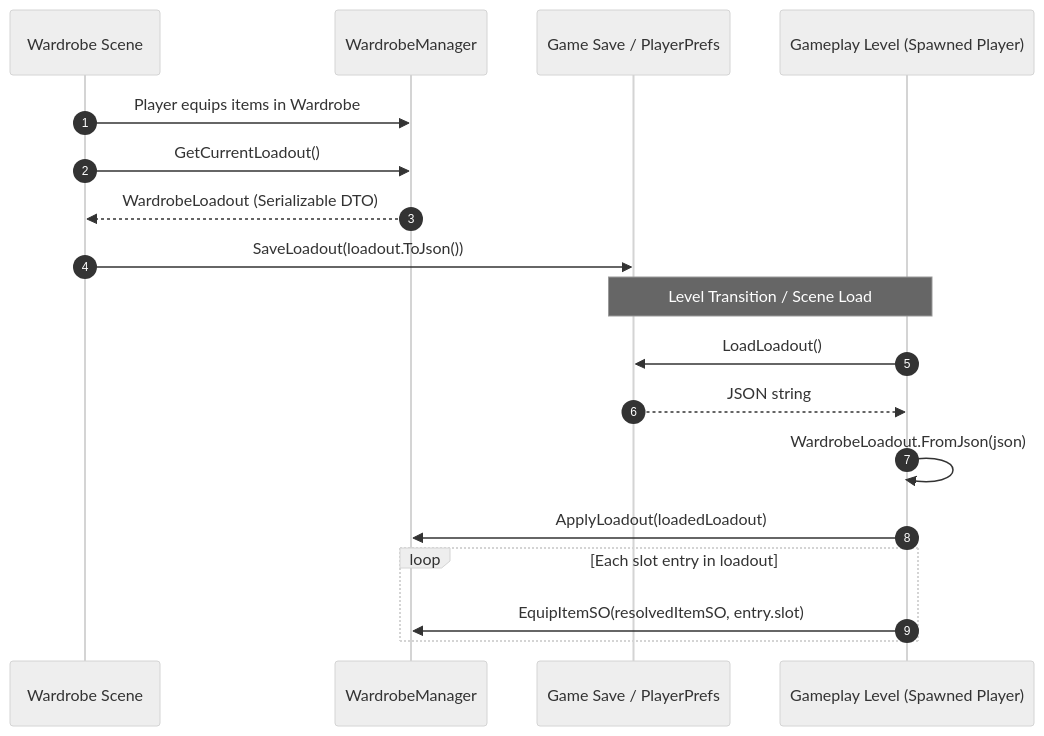
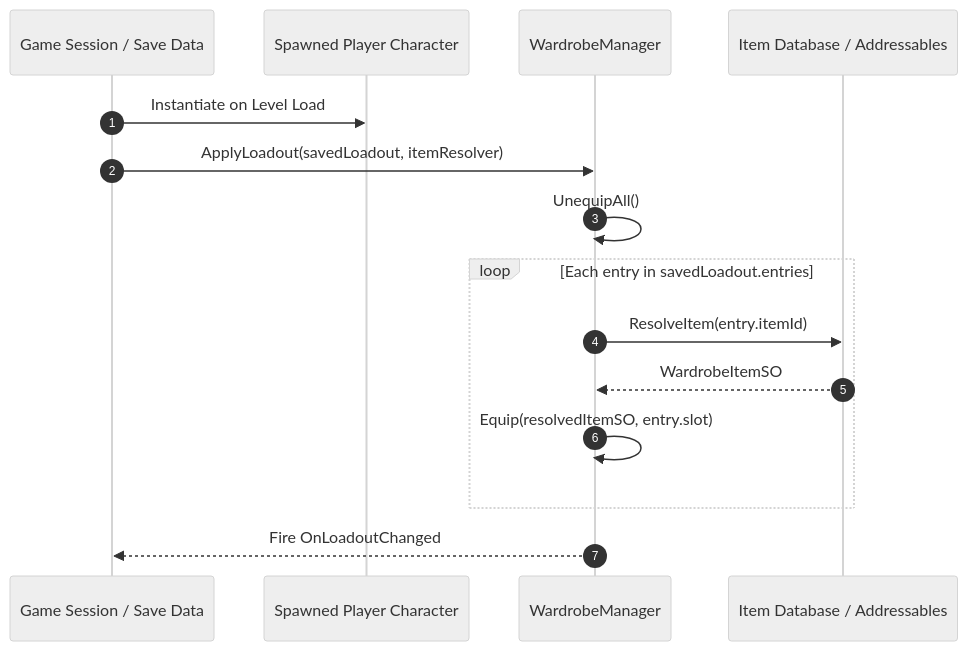
The third of 3 diagrams in docs/ARCHITECTURE.md (neymanoff/Universal-Humanoid-Wardrobe), drawn with Mermaid (neutral theme) before and after one commit. The commit also changed other lines of this file and 78 other files, not shown here.

First line of the commit message:
refactor: implement multi-slot occupancy, EquipResult, and stable ItemId

````diff
--- a/docs/ARCHITECTURE.md
+++ b/docs/ARCHITECTURE.md
@@ -195,23 +199,18 @@
 ```mermaid
 sequenceDiagram
     autonumber
-    participant SceneA as Wardrobe Scene
+    participant Session as Game Session / Save Data
+    participant PlayerPrefab as Spawned Player Character
     participant WM as WardrobeManager
-    participant SaveSystem as Game Save / PlayerPrefs
-    participant SceneB as Gameplay Level (Spawned Player)
+    participant Resolver as Item Database / Addressables
 
-    SceneA->>WM: Player equips items in Wardrobe
-    SceneA->>WM: GetCurrentLoadout()
-    WM-->>SceneA: WardrobeLoadout (Serializable DTO)
-    SceneA->>SaveSystem: SaveLoadout(loadout.ToJson())
-
-    Note over SaveSystem, SceneB: Level Transition / Scene Load
-
-    SceneB->>SaveSystem: LoadLoadout()
-    SaveSystem-->>SceneB: JSON string
-    SceneB->>SceneB: WardrobeLoadout.FromJson(json)
-    SceneB->>WM: ApplyLoadout(loadedLoadout)
-    loop Each slot entry in loadout
-        SceneB->>WM: EquipItemSO(resolvedItemSO, entry.slot)
+    Session->>PlayerPrefab: Instantiate on Level Load
+    Session->>WM: ApplyLoadout(savedLoadout, itemResolver)
+    WM->>WM: UnequipAll()
+    loop Each entry in savedLoadout.entries
+        WM->>Resolver: ResolveItem(entry.itemId)
+        Resolver-->>WM: WardrobeItemSO
+        WM->>WM: Equip(resolvedItemSO, entry.slot)
     end
+    WM-->>Session: Fire OnLoadoutChanged
 ```
````
